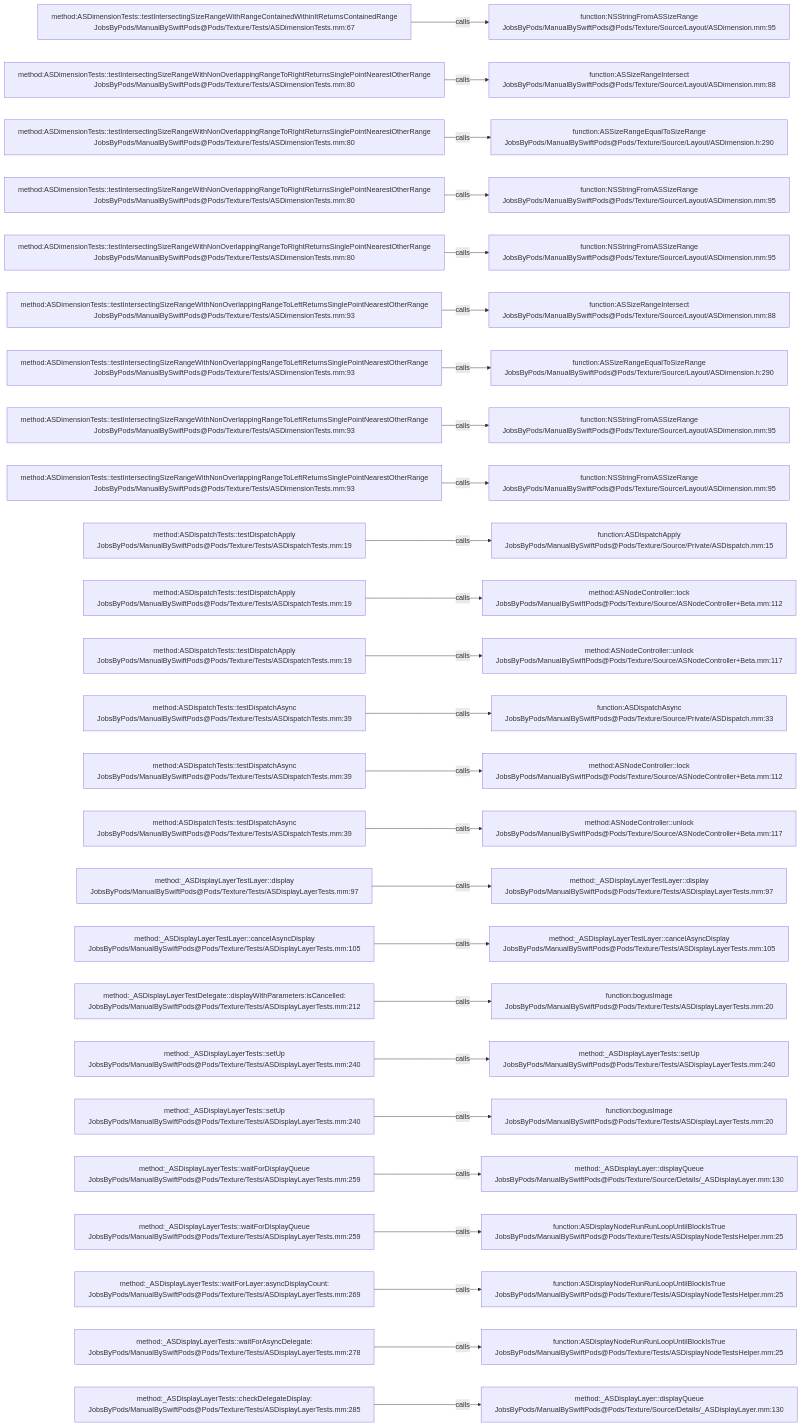
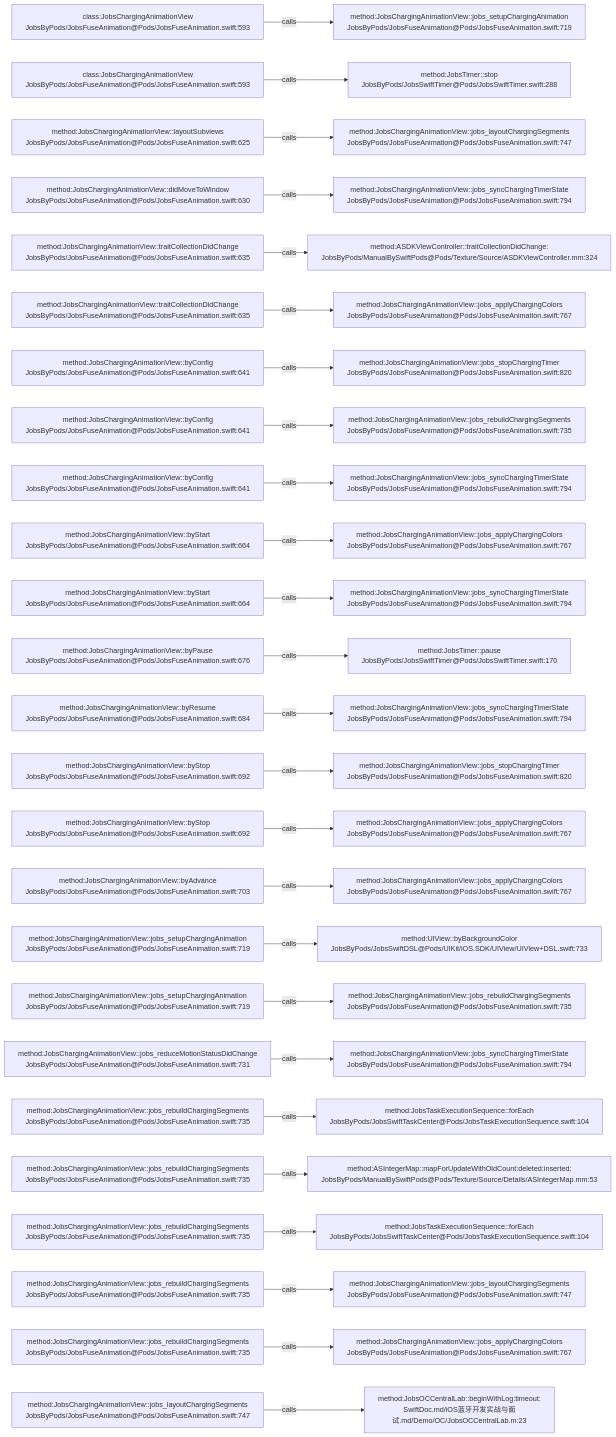
One commit to JobsKits/JobsSwiftBaseConfigDemo changed the diagram in .codegraph/codegraph.md/graphs/calls-179.md. Above: the diagram before and after it, drawn with Mermaid. The commit also changed 224 other files, not shown here.

````diff
--- a/.codegraph/codegraph.md/graphs/calls-179.md
+++ b/.codegraph/codegraph.md/graphs/calls-179.md
@@ -13,78 +13,78 @@
 ```mermaid
 flowchart LR
-  S1["method:ASDimensionTests::testIntersectingSizeRangeWithRangeContainedWithinItReturnsContainedRange<br/>JobsByPods/ManualBySwiftPods@Pods/Texture/Tests/ASDimensionTests.mm:67"]
-  T1["function:NSStringFromASSizeRange<br/>JobsByPods/ManualBySwiftPods@Pods/Texture/Source/Layout/ASDimension.mm:95"]
+  S1["class:JobsChargingAnimationView<br/>JobsByPods/JobsFuseAnimation@Pods/JobsFuseAnimation.swift:593"]
+  T1["method:JobsChargingAnimationView::jobs_setupChargingAnimation<br/>JobsByPods/JobsFuseAnimation@Pods/JobsFuseAnimation.swift:719"]
   S1 -->|calls| T1
-  S2["method:ASDimensionTests::testIntersectingSizeRangeWithNonOverlappingRangeToRightReturnsSinglePointNearestOtherRange<br/>JobsByPods/ManualBySwiftPods@Pods/Texture/Tests/ASDimensionTests.mm:80"]
-  T2["function:ASSizeRangeIntersect<br/>JobsByPods/ManualBySwiftPods@Pods/Texture/Source/Layout/ASDimension.mm:88"]
+  S2["class:JobsChargingAnimationView<br/>JobsByPods/JobsFuseAnimation@Pods/JobsFuseAnimation.swift:593"]
+  T2["method:JobsTimer::stop<br/>JobsByPods/JobsSwiftTimer@Pods/JobsSwiftTimer.swift:288"]
   S2 -->|calls| T2
-  S3["method:ASDimensionTests::testIntersectingSizeRangeWithNonOverlappingRangeToRightReturnsSinglePointNearestOtherRange<br/>JobsByPods/ManualBySwiftPods@Pods/Texture/Tests/ASDimensionTests.mm:80"]
-  T3["function:ASSizeRangeEqualToSizeRange<br/>JobsByPods/ManualBySwiftPods@Pods/Texture/Source/Layout/ASDimension.h:290"]
+  S3["method:JobsChargingAnimationView::layoutSubviews<br/>JobsByPods/JobsFuseAnimation@Pods/JobsFuseAnimation.swift:625"]
+  T3["method:JobsChargingAnimationView::jobs_layoutChargingSegments<br/>JobsByPods/JobsFuseAnimation@Pods/JobsFuseAnimation.swift:747"]
   S3 -->|calls| T3
-  S4["method:ASDimensionTests::testIntersectingSizeRangeWithNonOverlappingRangeToRightReturnsSinglePointNearestOtherRange<br/>JobsByPods/ManualBySwiftPods@Pods/Texture/Tests/ASDimensionTests.mm:80"]
-  T4["function:NSStringFromASSizeRange<br/>JobsByPods/ManualBySwiftPods@Pods/Texture/Source/Layout/ASDimension.mm:95"]
+  S4["method:JobsChargingAnimationView::didMoveToWindow<br/>JobsByPods/JobsFuseAnimation@Pods/JobsFuseAnimation.swift:630"]
+  T4["method:JobsChargingAnimationView::jobs_syncChargingTimerState<br/>JobsByPods/JobsFuseAnimation@Pods/JobsFuseAnimation.swift:794"]
   S4 -->|calls| T4
-  S5["method:ASDimensionTests::testIntersectingSizeRangeWithNonOverlappingRangeToRightReturnsSinglePointNearestOtherRange<br/>JobsByPods/ManualBySwiftPods@Pods/Texture/Tests/ASDimensionTests.mm:80"]
-  T5["function:NSStringFromASSizeRange<br/>JobsByPods/ManualBySwiftPods@Pods/Texture/Source/Layout/ASDimension.mm:95"]
+  S5["method:JobsChargingAnimationView::traitCollectionDidChange<br/>JobsByPods/JobsFuseAnimation@Pods/JobsFuseAnimation.swift:635"]
+  T5["method:ASDKViewController::traitCollectionDidChange:<br/>JobsByPods/ManualBySwiftPods@Pods/Texture/Source/ASDKViewController.mm:324"]
   S5 -->|calls| T5
-  S6["method:ASDimensionTests::testIntersectingSizeRangeWithNonOverlappingRangeToLeftReturnsSinglePointNearestOtherRange<br/>JobsByPods/ManualBySwiftPods@Pods/Texture/Tests/ASDimensionTests.mm:93"]
-  T6["function:ASSizeRangeIntersect<br/>JobsByPods/ManualBySwiftPods@Pods/Texture/Source/Layout/ASDimension.mm:88"]
+  S6["method:JobsChargingAnimationView::traitCollectionDidChange<br/>JobsByPods/JobsFuseAnimation@Pods/JobsFuseAnimation.swift:635"]
+  T6["method:JobsChargingAnimationView::jobs_applyChargingColors<br/>JobsByPods/JobsFuseAnimation@Pods/JobsFuseAnimation.swift:767"]
   S6 -->|calls| T6
-  S7["method:ASDimensionTests::testIntersectingSizeRangeWithNonOverlappingRangeToLeftReturnsSinglePointNearestOtherRange<br/>JobsByPods/ManualBySwiftPods@Pods/Texture/Tests/ASDimensionTests.mm:93"]
-  T7["function:ASSizeRangeEqualToSizeRange<br/>JobsByPods/ManualBySwiftPods@Pods/Texture/Source/Layout/ASDimension.h:290"]
+  S7["method:JobsChargingAnimationView::byConfig<br/>JobsByPods/JobsFuseAnimation@Pods/JobsFuseAnimation.swift:641"]
+  T7["method:JobsChargingAnimationView::jobs_stopChargingTimer<br/>JobsByPods/JobsFuseAnimation@Pods/JobsFuseAnimation.swift:820"]
   S7 -->|calls| T7
-  S8["method:ASDimensionTests::testIntersectingSizeRangeWithNonOverlappingRangeToLeftReturnsSinglePointNearestOtherRange<br/>JobsByPods/ManualBySwiftPods@Pods/Texture/Tests/ASDimensionTests.mm:93"]
-  T8["function:NSStringFromASSizeRange<br/>JobsByPods/ManualBySwiftPods@Pods/Texture/Source/Layout/ASDimension.mm:95"]
+  S8["method:JobsChargingAnimationView::byConfig<br/>JobsByPods/JobsFuseAnimation@Pods/JobsFuseAnimation.swift:641"]
+  T8["method:JobsChargingAnimationView::jobs_rebuildChargingSegments<br/>JobsByPods/JobsFuseAnimation@Pods/JobsFuseAnimation.swift:735"]
   S8 -->|calls| T8
-  S9["method:ASDimensionTests::testIntersectingSizeRangeWithNonOverlappingRangeToLeftReturnsSinglePointNearestOtherRange<br/>JobsByPods/ManualBySwiftPods@Pods/Texture/Tests/ASDimensionTests.mm:93"]
-  T9["function:NSStringFromASSizeRange<br/>JobsByPods/ManualBySwiftPods@Pods/Texture/Source/Layout/ASDimension.mm:95"]
+  S9["method:JobsChargingAnimationView::byConfig<br/>JobsByPods/JobsFuseAnimation@Pods/JobsFuseAnimation.swift:641"]
+  T9["method:JobsChargingAnimationView::jobs_syncChargingTimerState<br/>JobsByPods/JobsFuseAnimation@Pods/JobsFuseAnimation.swift:794"]
   S9 -->|calls| T9
-  S10["method:ASDispatchTests::testDispatchApply<br/>JobsByPods/ManualBySwiftPods@Pods/Texture/Tests/ASDispatchTests.mm:19"]
-  T10["function:ASDispatchApply<br/>JobsByPods/ManualBySwiftPods@Pods/Texture/Source/Private/ASDispatch.mm:15"]
+  S10["method:JobsChargingAnimationView::byStart<br/>JobsByPods/JobsFuseAnimation@Pods/JobsFuseAnimation.swift:664"]
+  T10["method:JobsChargingAnimationView::jobs_applyChargingColors<br/>JobsByPods/JobsFuseAnimation@Pods/JobsFuseAnimation.swift:767"]
   S10 -->|calls| T10
-  S11["method:ASDispatchTests::testDispatchApply<br/>JobsByPods/ManualBySwiftPods@Pods/Texture/Tests/ASDispatchTests.mm:19"]
-  T11["method:ASNodeController::lock<br/>JobsByPods/ManualBySwiftPods@Pods/Texture/Source/ASNodeController+Beta.mm:112"]
+  S11["method:JobsChargingAnimationView::byStart<br/>JobsByPods/JobsFuseAnimation@Pods/JobsFuseAnimation.swift:664"]
+  T11["method:JobsChargingAnimationView::jobs_syncChargingTimerState<br/>JobsByPods/JobsFuseAnimation@Pods/JobsFuseAnimation.swift:794"]
   S11 -->|calls| T11
-  S12["method:ASDispatchTests::testDispatchApply<br/>JobsByPods/ManualBySwiftPods@Pods/Texture/Tests/ASDispatchTests.mm:19"]
-  T12["method:ASNodeController::unlock<br/>JobsByPods/ManualBySwiftPods@Pods/Texture/Source/ASNodeController+Beta.mm:117"]
+  S12["method:JobsChargingAnimationView::byPause<br/>JobsByPods/JobsFuseAnimation@Pods/JobsFuseAnimation.swift:676"]
+  T12["method:JobsTimer::pause<br/>JobsByPods/JobsSwiftTimer@Pods/JobsSwiftTimer.swift:170"]
   S12 -->|calls| T12
-  S13["method:ASDispatchTests::testDispatchAsync<br/>JobsByPods/ManualBySwiftPods@Pods/Texture/Tests/ASDispatchTests.mm:39"]
-  T13["function:ASDispatchAsync<br/>JobsByPods/ManualBySwiftPods@Pods/Texture/Source/Private/ASDispatch.mm:33"]
+  S13["method:JobsChargingAnimationView::byResume<br/>JobsByPods/JobsFuseAnimation@Pods/JobsFuseAnimation.swift:684"]
+  T13["method:JobsChargingAnimationView::jobs_syncChargingTimerState<br/>JobsByPods/JobsFuseAnimation@Pods/JobsFuseAnimation.swift:794"]
   S13 -->|calls| T13
-  S14["method:ASDispatchTests::testDispatchAsync<br/>JobsByPods/ManualBySwiftPods@Pods/Texture/Tests/ASDispatchTests.mm:39"]
-  T14["method:ASNodeController::lock<br/>JobsByPods/ManualBySwiftPods@Pods/Texture/Source/ASNodeController+Beta.mm:112"]
+  S14["method:JobsChargingAnimationView::byStop<br/>JobsByPods/JobsFuseAnimation@Pods/JobsFuseAnimation.swift:692"]
+  T14["method:JobsChargingAnimationView::jobs_stopChargingTimer<br/>JobsByPods/JobsFuseAnimation@Pods/JobsFuseAnimation.swift:820"]
   S14 -->|calls| T14
-  S15["method:ASDispatchTests::testDispatchAsync<br/>JobsByPods/ManualBySwiftPods@Pods/Texture/Tests/ASDispatchTests.mm:39"]
-  T15["method:ASNodeController::unlock<br/>JobsByPods/ManualBySwiftPods@Pods/Texture/Source/ASNodeController+Beta.mm:117"]
+  S15["method:JobsChargingAnimationView::byStop<br/>JobsByPods/JobsFuseAnimation@Pods/JobsFuseAnimation.swift:692"]
+  T15["method:JobsChargingAnimationView::jobs_applyChargingColors<br/>JobsByPods/JobsFuseAnimation@Pods/JobsFuseAnimation.swift:767"]
   S15 -->|calls| T15
-  S16["method:_ASDisplayLayerTestLayer::display<br/>JobsByPods/ManualBySwiftPods@Pods/Texture/Tests/ASDisplayLayerTests.mm:97"]
-  T16["method:_ASDisplayLayerTestLayer::display<br/>JobsByPods/ManualBySwiftPods@Pods/Texture/Tests/ASDisplayLayerTests.mm:97"]
+  S16["method:JobsChargingAnimationView::byAdvance<br/>JobsByPods/JobsFuseAnimation@Pods/JobsFuseAnimation.swift:703"]
+  T16["method:JobsChargingAnimationView::jobs_applyChargingColors<br/>JobsByPods/JobsFuseAnimation@Pods/JobsFuseAnimation.swift:767"]
   S16 -->|calls| T16
-  S17["method:_ASDisplayLayerTestLayer::cancelAsyncDisplay<br/>JobsByPods/ManualBySwiftPods@Pods/Texture/Tests/ASDisplayLayerTests.mm:105"]
-  T17["method:_ASDisplayLayerTestLayer::cancelAsyncDisplay<br/>JobsByPods/ManualBySwiftPods@Pods/Texture/Tests/ASDisplayLayerTests.mm:105"]
+  S17["method:JobsChargingAnimationView::jobs_setupChargingAnimation<br/>JobsByPods/JobsFuseAnimation@Pods/JobsFuseAnimation.swift:719"]
+  T17["method:UIView::byBackgroundColor<br/>JobsByPods/JobsSwiftDSL@Pods/UIKit/iOS.SDK/UIView/UIView+DSL.swift:733"]
   S17 -->|calls| T17
-  S18["method:_ASDisplayLayerTestDelegate::displayWithParameters:isCancelled:<br/>JobsByPods/ManualBySwiftPods@Pods/Texture/Tests/ASDisplayLayerTests.mm:212"]
-  T18["function:bogusImage<br/>JobsByPods/ManualBySwiftPods@Pods/Texture/Tests/ASDisplayLayerTests.mm:20"]
+  S18["method:JobsChargingAnimationView::jobs_setupChargingAnimation<br/>JobsByPods/JobsFuseAnimation@Pods/JobsFuseAnimation.swift:719"]
+  T18["method:JobsChargingAnimationView::jobs_rebuildChargingSegments<br/>JobsByPods/JobsFuseAnimation@Pods/JobsFuseAnimation.swift:735"]
   S18 -->|calls| T18
-  S19["method:_ASDisplayLayerTests::setUp<br/>JobsByPods/ManualBySwiftPods@Pods/Texture/Tests/ASDisplayLayerTests.mm:240"]
-  T19["method:_ASDisplayLayerTests::setUp<br/>JobsByPods/ManualBySwiftPods@Pods/Texture/Tests/ASDisplayLayerTests.mm:240"]
+  S19["method:JobsChargingAnimationView::jobs_reduceMotionStatusDidChange<br/>JobsByPods/JobsFuseAnimation@Pods/JobsFuseAnimation.swift:731"]
+  T19["method:JobsChargingAnimationView::jobs_syncChargingTimerState<br/>JobsByPods/JobsFuseAnimation@Pods/JobsFuseAnimation.swift:794"]
   S19 -->|calls| T19
-  S20["method:_ASDisplayLayerTests::setUp<br/>JobsByPods/ManualBySwiftPods@Pods/Texture/Tests/ASDisplayLayerTests.mm:240"]
-  T20["function:bogusImage<br/>JobsByPods/ManualBySwiftPods@Pods/Texture/Tests/ASDisplayLayerTests.mm:20"]
+  S20["method:JobsChargingAnimationView::jobs_rebuildChargingSegments<br/>JobsByPods/JobsFuseAnimation@Pods/JobsFuseAnimation.swift:735"]
+  T20["method:JobsTaskExecutionSequence::forEach<br/>JobsByPods/JobsSwiftTaskCenter@Pods/JobsTaskExecutionSequence.swift:104"]
   S20 -->|calls| T20
-  S21["method:_ASDisplayLayerTests::waitForDisplayQueue<br/>JobsByPods/ManualBySwiftPods@Pods/Texture/Tests/ASDisplayLayerTests.mm:259"]
-  T21["method:_ASDisplayLayer::displayQueue<br/>JobsByPods/ManualBySwiftPods@Pods/Texture/Source/Details/_ASDisplayLayer.mm:130"]
+  S21["method:JobsChargingAnimationView::jobs_rebuildChargingSegments<br/>JobsByPods/JobsFuseAnimation@Pods/JobsFuseAnimation.swift:735"]
+  T21["method:ASIntegerMap::mapForUpdateWithOldCount:deleted:inserted:<br/>JobsByPods/ManualBySwiftPods@Pods/Texture/Source/Details/ASIntegerMap.mm:53"]
   S21 -->|calls| T21
-  S22["method:_ASDisplayLayerTests::waitForDisplayQueue<br/>JobsByPods/ManualBySwiftPods@Pods/Texture/Tests/ASDisplayLayerTests.mm:259"]
-  T22["function:ASDisplayNodeRunRunLoopUntilBlockIsTrue<br/>JobsByPods/ManualBySwiftPods@Pods/Texture/Tests/ASDisplayNodeTestsHelper.mm:25"]
+  S22["method:JobsChargingAnimationView::jobs_rebuildChargingSegments<br/>JobsByPods/JobsFuseAnimation@Pods/JobsFuseAnimation.swift:735"]
+  T22["method:JobsTaskExecutionSequence::forEach<br/>JobsByPods/JobsSwiftTaskCenter@Pods/JobsTaskExecutionSequence.swift:104"]
   S22 -->|calls| T22
-  S23["method:_ASDisplayLayerTests::waitForLayer:asyncDisplayCount:<br/>JobsByPods/ManualBySwiftPods@Pods/Texture/Tests/ASDisplayLayerTests.mm:269"]
-  T23["function:ASDisplayNodeRunRunLoopUntilBlockIsTrue<br/>JobsByPods/ManualBySwiftPods@Pods/Texture/Tests/ASDisplayNodeTestsHelper.mm:25"]
+  S23["method:JobsChargingAnimationView::jobs_rebuildChargingSegments<br/>JobsByPods/JobsFuseAnimation@Pods/JobsFuseAnimation.swift:735"]
+  T23["method:JobsChargingAnimationView::jobs_layoutChargingSegments<br/>JobsByPods/JobsFuseAnimation@Pods/JobsFuseAnimation.swift:747"]
   S23 -->|calls| T23
-  S24["method:_ASDisplayLayerTests::waitForAsyncDelegate:<br/>JobsByPods/ManualBySwiftPods@Pods/Texture/Tests/ASDisplayLayerTests.mm:278"]
-  T24["function:ASDisplayNodeRunRunLoopUntilBlockIsTrue<br/>JobsByPods/ManualBySwiftPods@Pods/Texture/Tests/ASDisplayNodeTestsHelper.mm:25"]
+  S24["method:JobsChargingAnimationView::jobs_rebuildChargingSegments<br/>JobsByPods/JobsFuseAnimation@Pods/JobsFuseAnimation.swift:735"]
+  T24["method:JobsChargingAnimationView::jobs_applyChargingColors<br/>JobsByPods/JobsFuseAnimation@Pods/JobsFuseAnimation.swift:767"]
   S24 -->|calls| T24
-  S25["method:_ASDisplayLayerTests::checkDelegateDisplay:<br/>JobsByPods/ManualBySwiftPods@Pods/Texture/Tests/ASDisplayLayerTests.mm:285"]
-  T25["method:_ASDisplayLayer::displayQueue<br/>JobsByPods/ManualBySwiftPods@Pods/Texture/Source/Details/_ASDisplayLayer.mm:130"]
+  S25["method:JobsChargingAnimationView::jobs_layoutChargingSegments<br/>JobsByPods/JobsFuseAnimation@Pods/JobsFuseAnimation.swift:747"]
+  T25["method:JobsOCCentralLab::beginWithLog:timeout:<br/>SwiftDoc.md/iOS蓝牙开发实战与面试.md/Demo/OC/JobsOCCentralLab.m:23"]
   S25 -->|calls| T25
 ```
````
